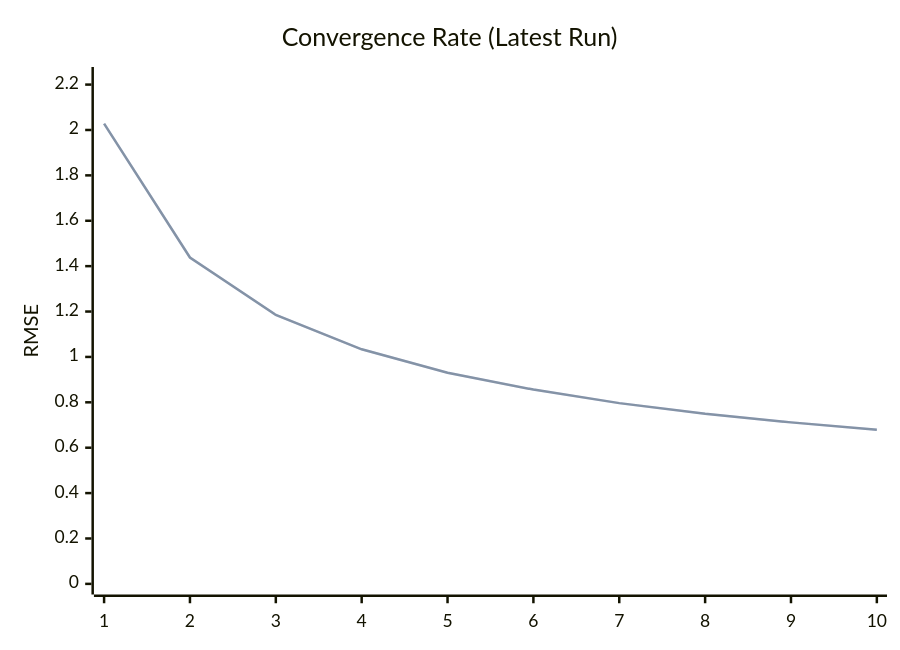
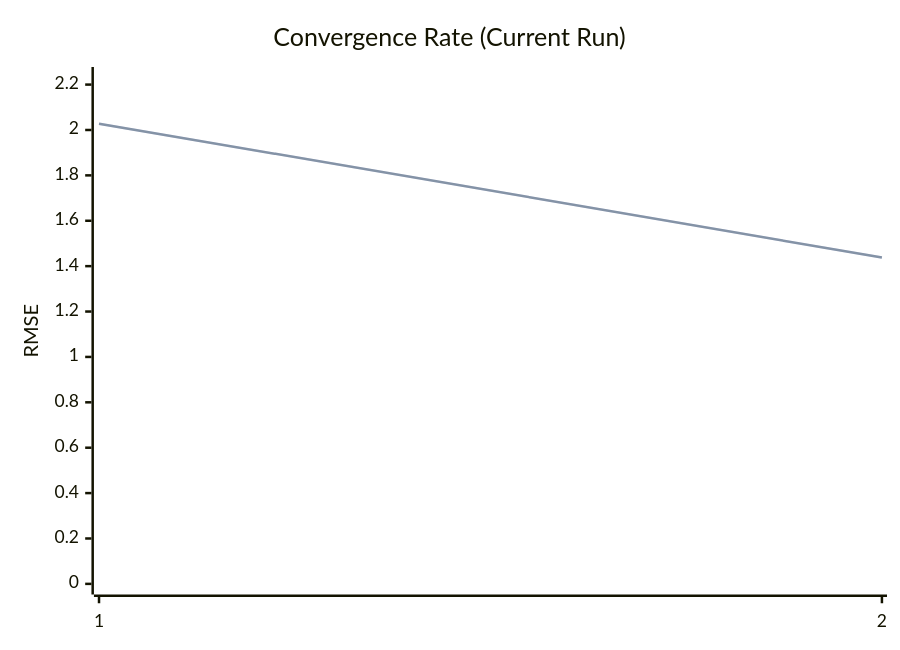
The second of 2 diagrams in README.md (timo-eberl/tracy), drawn with Mermaid before and after one commit. The commit also changed other lines of this file and 6 other files, not shown here.

````diff
--- a/README.md
+++ b/README.md
@@ -59,9 +27,9 @@
 ```mermaid
 xychart-beta
-    title "Convergence Rate (Latest Run)"
-    x-axis ["1", "2", "3", "4", "5", "6", "7", "8", "9", "10"]
+    title "Convergence Rate (Current Run)"
+    x-axis ["1", "2"]
     y-axis "RMSE" 0 --> 2.2307
-    line [2.0279, 1.4381, 1.185, 1.0336, 0.9306, 0.8561, 0.7964, 0.7495, 0.7116, 0.6796]
-    line [2.0279, 1.4381, 1.185, 1.0336, 0.9306, 0.8561, 0.7964, 0.7495, 0.7116, 0.6796]
+    line [2.0279, 1.4381]
+    line [2.0279, 1.4381]
 
 ```
````
